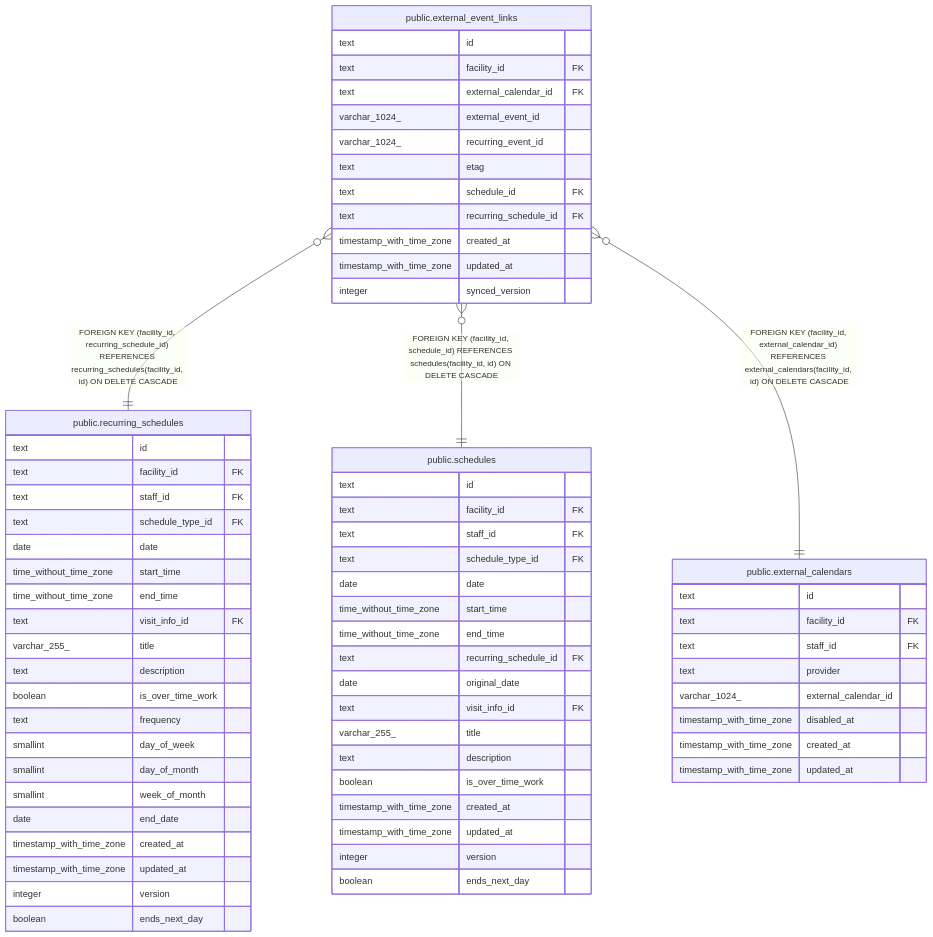
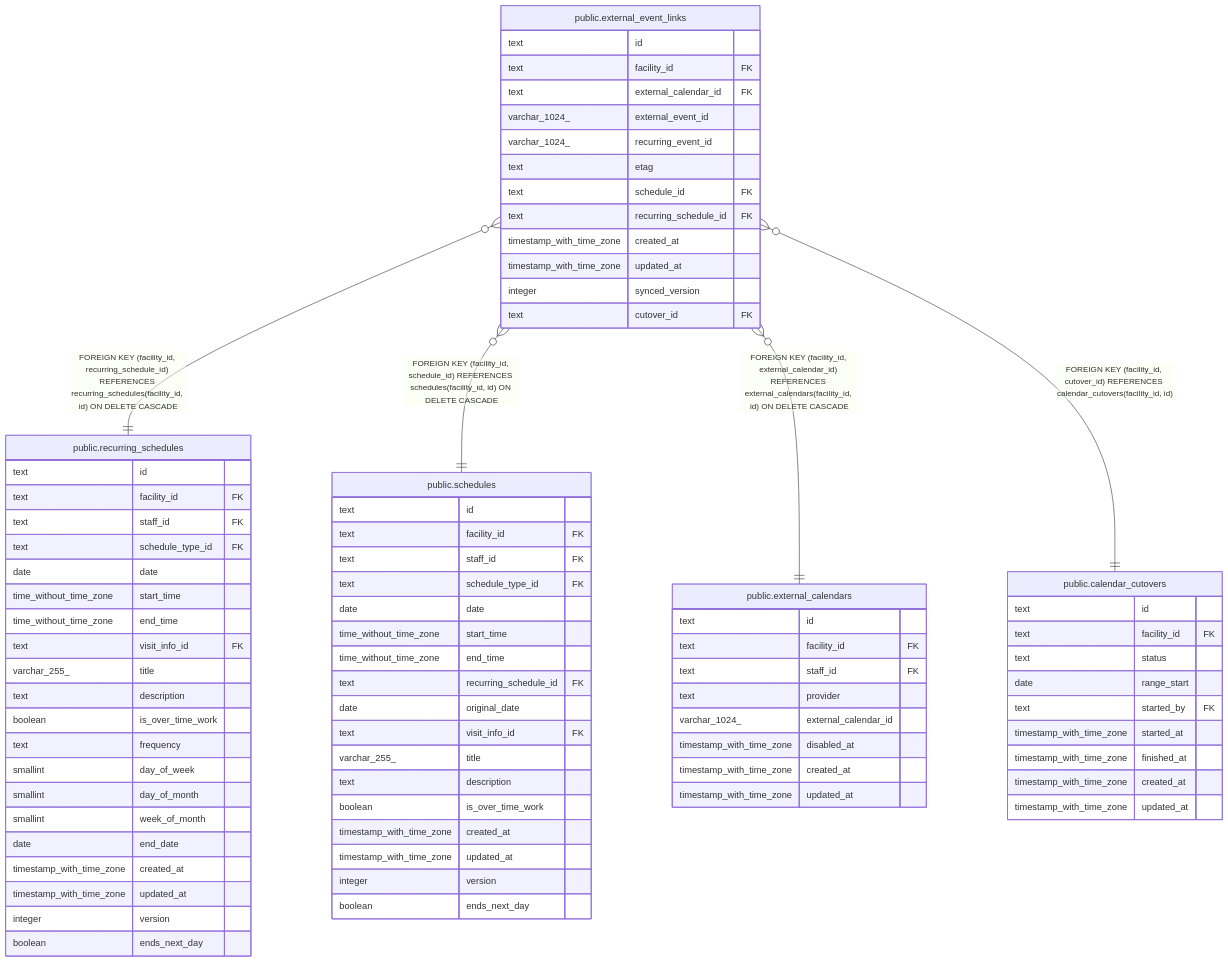
One commit to Fukuemon/buddy changed the diagram in docs/db/schedule/public.external_event_links.md. Above: the diagram before and after it, drawn with Mermaid. The commit also changed other lines of this file and 77 other files, not shown here.

````diff
--- a/docs/db/schedule/public.external_event_links.md
+++ b/docs/db/schedule/public.external_event_links.md
@@ -74,6 +77,7 @@
 "public.external_event_links" }o--|| "public.recurring_schedules" : "FOREIGN KEY (facility_id, recurring_schedule_id) REFERENCES recurring_schedules(facility_id, id) ON DELETE CASCADE"
 "public.external_event_links" }o--|| "public.schedules" : "FOREIGN KEY (facility_id, schedule_id) REFERENCES schedules(facility_id, id) ON DELETE CASCADE"
 "public.external_event_links" }o--|| "public.external_calendars" : "FOREIGN KEY (facility_id, external_calendar_id) REFERENCES external_calendars(facility_id, id) ON DELETE CASCADE"
+"public.external_event_links" }o--|| "public.calendar_cutovers" : "FOREIGN KEY (facility_id, cutover_id) REFERENCES calendar_cutovers(facility_id, id)"
 
 "public.external_event_links" {
   text id
@@ -87,6 +91,7 @@
   timestamp_with_time_zone created_at
   timestamp_with_time_zone updated_at
   integer synced_version
+  text cutover_id FK
 }
 "public.recurring_schedules" {
   text id
@@ -139,4 +144,15 @@
   timestamp_with_time_zone created_at
   timestamp_with_time_zone updated_at
 }
+"public.calendar_cutovers" {
+  text id
+  text facility_id FK
+  text status
+  date range_start
+  text started_by FK
+  timestamp_with_time_zone started_at
+  timestamp_with_time_zone finished_at
+  timestamp_with_time_zone created_at
+  timestamp_with_time_zone updated_at
+}
 ```
````
